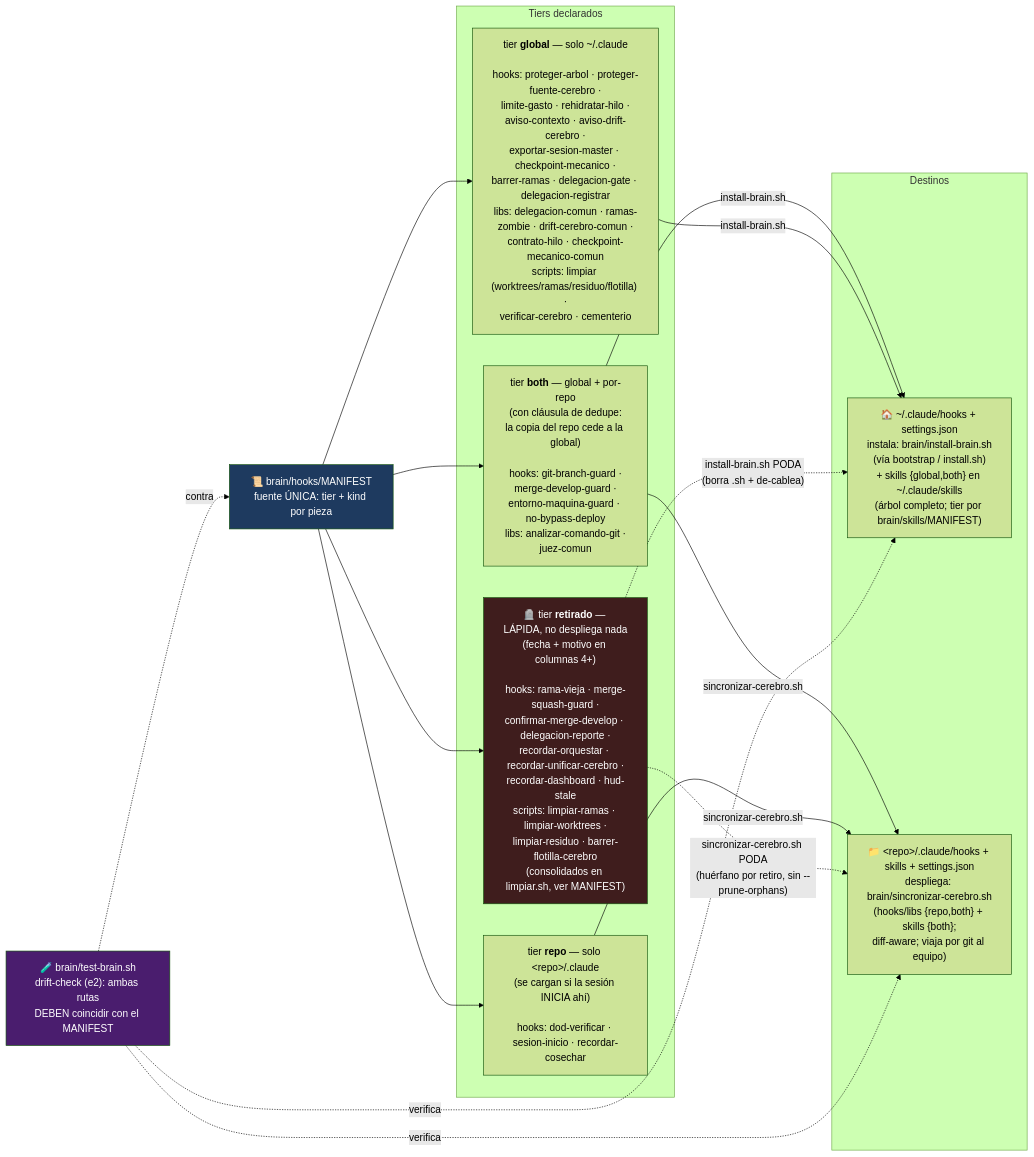
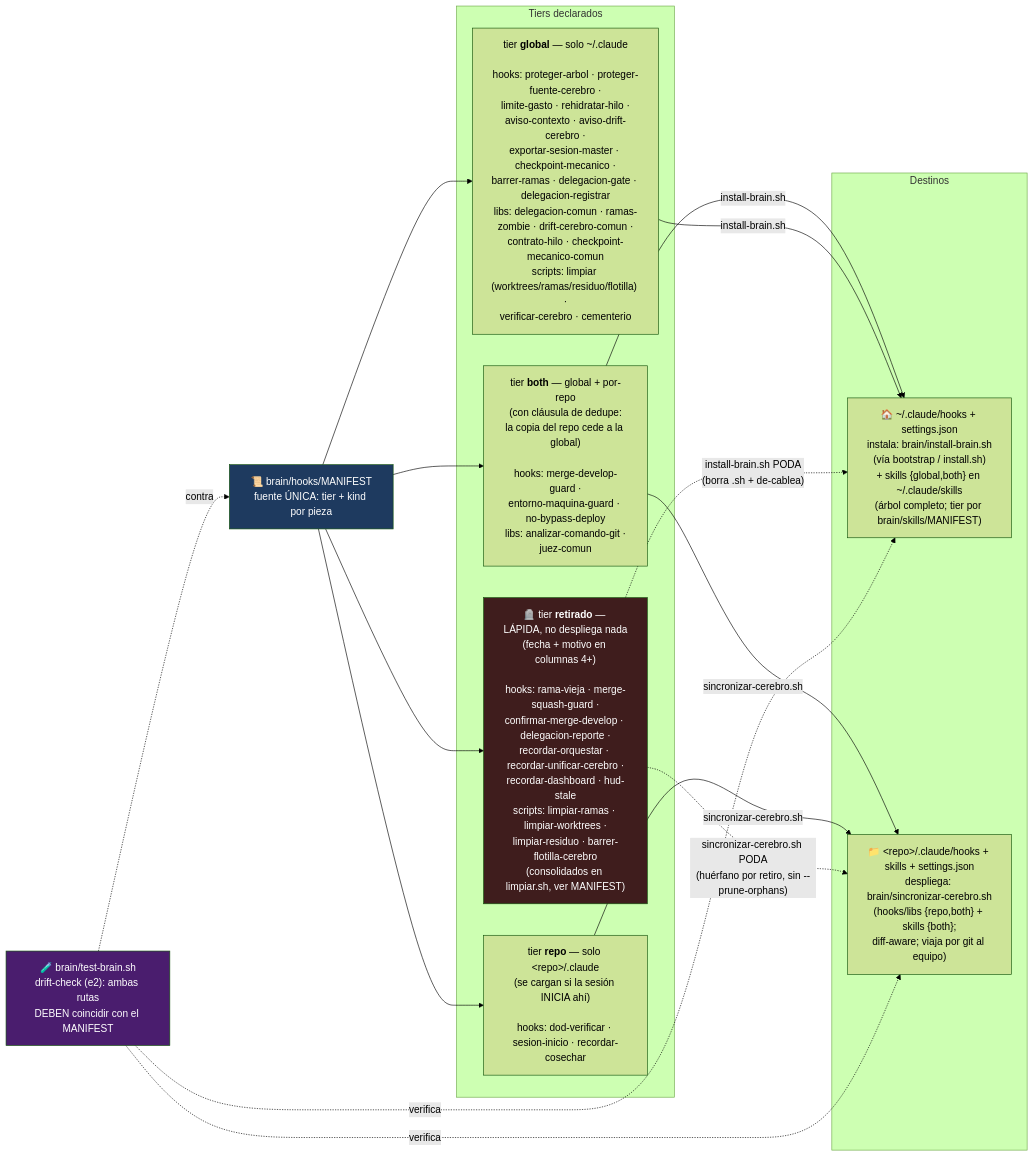
One commit to unjordi/cortex changed the fourth of 4 diagrams in docs/mapa-cerebro.md. Above: the diagram before and after it, drawn with Mermaid (forest theme). The commit also changed other lines of this file and 56 other files, not shown here.

````diff
--- a/docs/mapa-cerebro.md
+++ b/docs/mapa-cerebro.md
@@ -176,36 +171,36 @@
 ```mermaid
 flowchart LR
     MANIFEST["📜 brain/hooks/MANIFEST<br/>fuente ÚNICA: tier + kind por pieza"]
 
     subgraph tiers["Tiers declarados"]
-        BOTH["tier <b>both</b> — global + por-repo<br/>(con cláusula de dedupe:<br/>la copia del repo cede a la global)<br/><br/>hooks: git-branch-guard ·<br/>merge-develop-guard ·<br/>entorno-maquina-guard · no-bypass-deploy<br/>libs: analizar-comando-git ·<br/>juez-comun"]
+        BOTH["tier <b>both</b> — global + por-repo<br/>(con cláusula de dedupe:<br/>la copia del repo cede a la global)<br/><br/>hooks: merge-develop-guard ·<br/>entorno-maquina-guard · no-bypass-deploy<br/>libs: analizar-comando-git ·<br/>juez-comun"]
         GLOBAL["tier <b>global</b> — solo ~/.claude<br/><br/>hooks: proteger-arbol · proteger-fuente-cerebro ·<br/>limite-gasto · rehidratar-hilo ·<br/>aviso-contexto · aviso-drift-cerebro ·<br/>exportar-sesion-master · checkpoint-mecanico ·<br/>barrer-ramas · delegacion-gate · delegacion-registrar<br/>libs: delegacion-comun · ramas-zombie · drift-cerebro-comun ·<br/>contrato-hilo · checkpoint-mecanico-comun<br/>scripts: limpiar (worktrees/ramas/residuo/flotilla) ·<br/>verificar-cerebro · cementerio"]
         REPO["tier <b>repo</b> — solo &lt;repo&gt;/.claude<br/>(se cargan si la sesión INICIA ahí)<br/><br/>hooks: dod-verificar · sesion-inicio · recordar-cosechar"]
         RETIRADO["🪦 tier <b>retirado</b> — LÁPIDA, no despliega nada<br/>(fecha + motivo en columnas 4+)<br/><br/>hooks: rama-vieja · merge-squash-guard ·<br/>confirmar-merge-develop · delegacion-reporte ·<br/>recordar-orquestar · recordar-unificar-cerebro ·<br/>recordar-dashboard · hud-stale<br/>scripts: limpiar-ramas · limpiar-worktrees ·<br/>limpiar-residuo · barrer-flotilla-cerebro<br/>(consolidados en limpiar.sh, ver MANIFEST)"]
     end
 
     subgraph destinos["Destinos"]
         GDIR["🏠 ~/.claude/hooks + settings.json<br/>instala: brain/install-brain.sh<br/>(vía bootstrap / install.sh)<br/>+ skills {global,both} en ~/.claude/skills<br/>(árbol completo; tier por brain/skills/MANIFEST)"]
         RDIR["📁 &lt;repo&gt;/.claude/hooks + skills + settings.json<br/>despliega: brain/sincronizar-cerebro.sh<br/>(hooks/libs {repo,both} + skills {both};<br/>diff-aware; viaja por git al equipo)"]
     end
 
     TEST["🧪 brain/test-brain.sh<br/>drift-check (e2): ambas rutas<br/>DEBEN coincidir con el MANIFEST"]
 
     MANIFEST --> BOTH
     MANIFEST --> GLOBAL
     MANIFEST --> REPO
     MANIFEST --> RETIRADO
     BOTH -->|"install-brain.sh"| GDIR
     BOTH -->|"sincronizar-cerebro.sh"| RDIR
     GLOBAL -->|"install-brain.sh"| GDIR
     REPO -->|"sincronizar-cerebro.sh"| RDIR
     RETIRADO -.->|"install-brain.sh PODA<br/>(borra .sh + de-cablea)"| GDIR
     RETIRADO -.->|"sincronizar-cerebro.sh PODA<br/>(huérfano por retiro, sin --prune-orphans)"| RDIR
     TEST -.->|verifica| GDIR
     TEST -.->|verifica| RDIR
     TEST -.->|contra| MANIFEST
 
     style MANIFEST fill:#1e3a5f,color:#fff
     style TEST fill:#4a1d6e,color:#fff
     style RETIRADO fill:#3f1d1d,color:#fff
 ```
````
